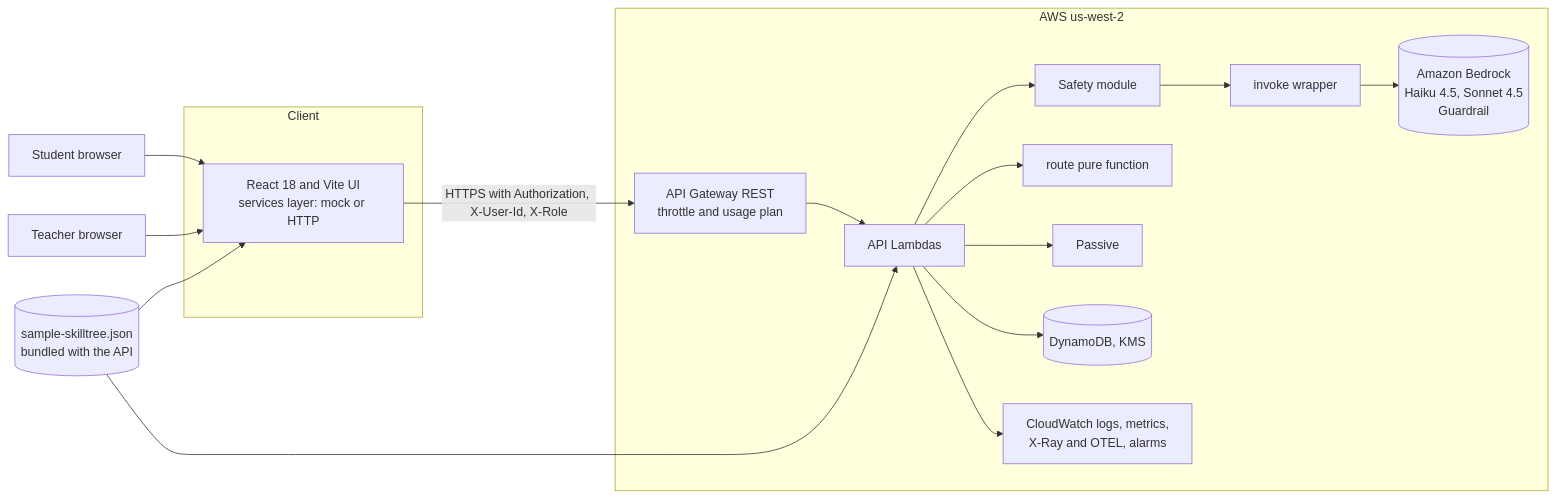
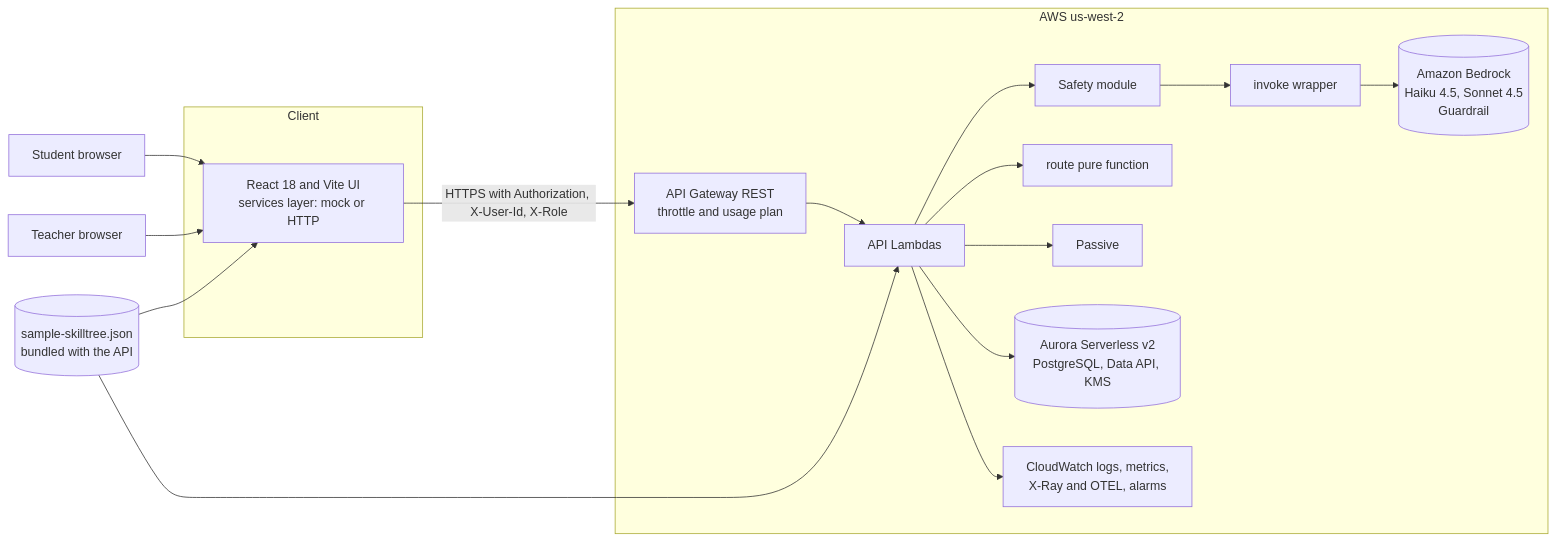
Before and after one commit to naren-chakraview/breaking-barriers-team-10-codai: the first of 14 diagrams in docs/architecture/architecture.md, drawn with Mermaid. The commit also changed other lines of this file and 19 other files, not shown here.

Commit message:
Add Aurora DataStack (CDK) and Python store adapters; rewrite 2.9/2.11 and data model for Aurora (ADR-016)

````diff
--- a/docs/architecture/architecture.md
+++ b/docs/architecture/architecture.md
@@ -69,21 +69,21 @@
 ```mermaid
 flowchart LR
   S["Student browser"] --> UI
   T["Teacher browser"] --> UI
   subgraph Client["Client"]
     UI["React 18 and Vite UI<br/>services layer: mock or HTTP"]
   end
   UI -- "HTTPS with Authorization, X-User-Id, X-Role" --> APIGW["API Gateway REST<br/>throttle and usage plan"]
   subgraph AWS["AWS us-west-2"]
     APIGW --> API["API Lambdas"]
     API --> SAFE["Safety module"]
     SAFE --> INV["invoke wrapper"]
     INV --> BR[("Amazon Bedrock<br/>Haiku 4.5, Sonnet 4.5<br/>Guardrail")]
     API --> ROUTE["route pure function"]
     API --> PAS["Passive"]
-    API --> DDB[("DynamoDB, KMS")]
+    API --> DDB[("Aurora Serverless v2<br/>PostgreSQL, Data API, KMS")]
     API --> OBS["CloudWatch logs, metrics,<br/>X-Ray and OTEL, alarms"]
   end
   TREE[("sample-skilltree.json<br/>bundled with the API")] --> API
   TREE --> UI
 ```
````
